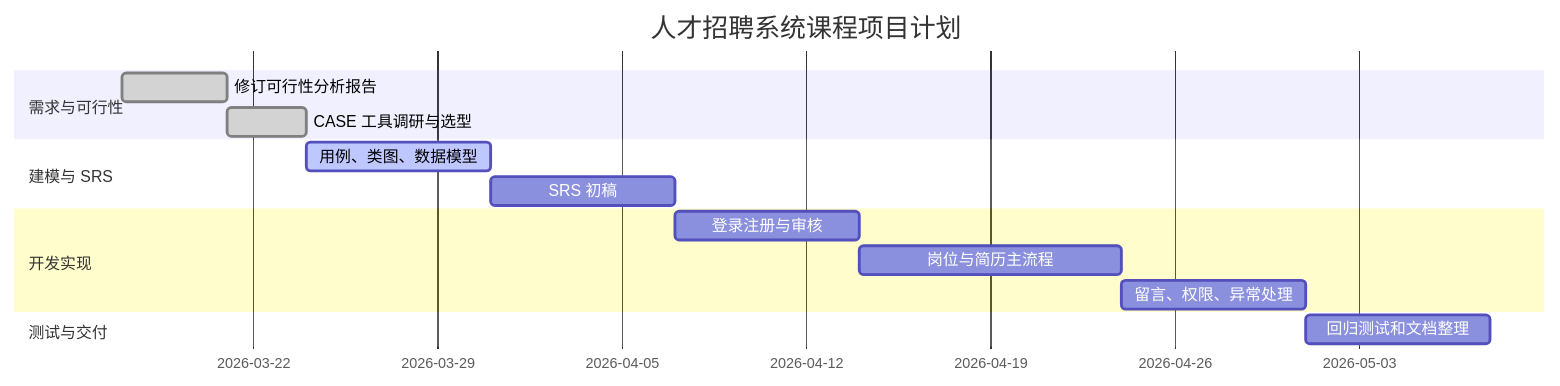
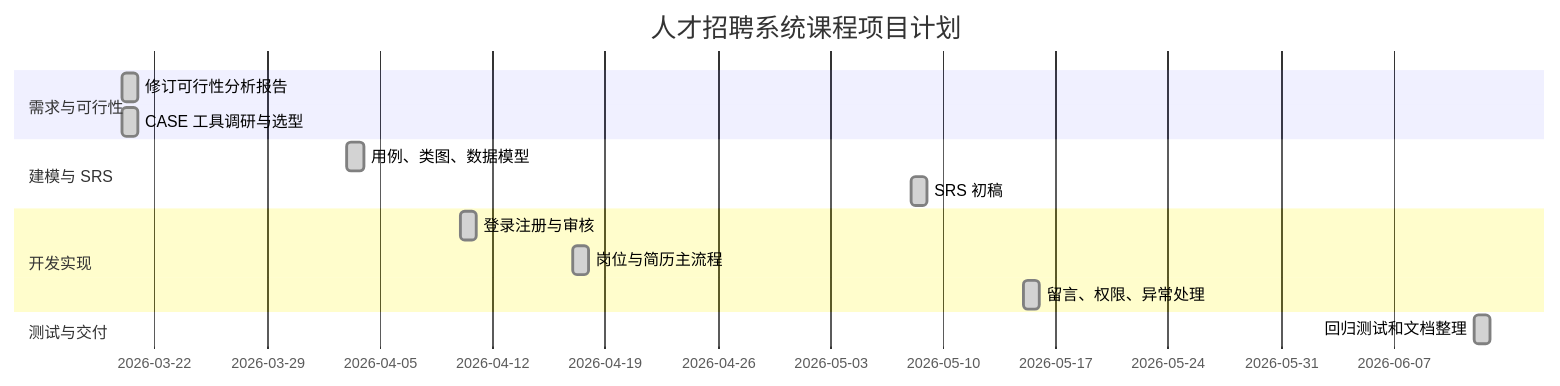
One commit to wang0-sudo/ren changed the third of 3 diagrams in 软件工程实验成果/实验二_项目理解/实验二报告.md. Above: the diagram before and after it, drawn with Mermaid. The commit also changed 20 other files, not shown here.

````diff
--- a/软件工程实验成果/实验二_项目理解/实验二报告.md
+++ b/软件工程实验成果/实验二_项目理解/实验二报告.md
@@ -293,17 +293,17 @@
 ```mermaid
 gantt
     title 人才招聘系统课程项目计划
     dateFormat  YYYY-MM-DD
     section 需求与可行性
-    修订可行性分析报告        :done,    a1, 2026-03-17, 4d
-    CASE 工具调研与选型       :done,    a2, after a1, 3d
+    修订可行性分析报告        :done,    a1, 2026-03-20, 1d
+    CASE 工具调研与选型       :done,    a2, 2026-03-20, 1d
     section 建模与 SRS
-    用例、类图、数据模型       :active,  b1, 2026-03-24, 7d
-    SRS 初稿                  :         b2, after b1, 7d
+    用例、类图、数据模型       :done,    b1, 2026-04-03, 1d
+    SRS 初稿                  :done,    b2, 2026-05-08, 1d
     section 开发实现
-    登录注册与审核             :         c1, 2026-04-07, 7d
-    岗位与简历主流程           :         c2, after c1, 10d
-    留言、权限、异常处理        :         c3, after c2, 7d
+    登录注册与审核             :done,    c1, 2026-04-10, 1d
+    岗位与简历主流程           :done,    c2, 2026-04-17, 1d
+    留言、权限、异常处理        :done,    c3, 2026-05-15, 1d
     section 测试与交付
-    回归测试和文档整理          :         d1, after c3, 7d
+    回归测试和文档整理          :done,    d1, 2026-06-12, 1d
 ```
````
